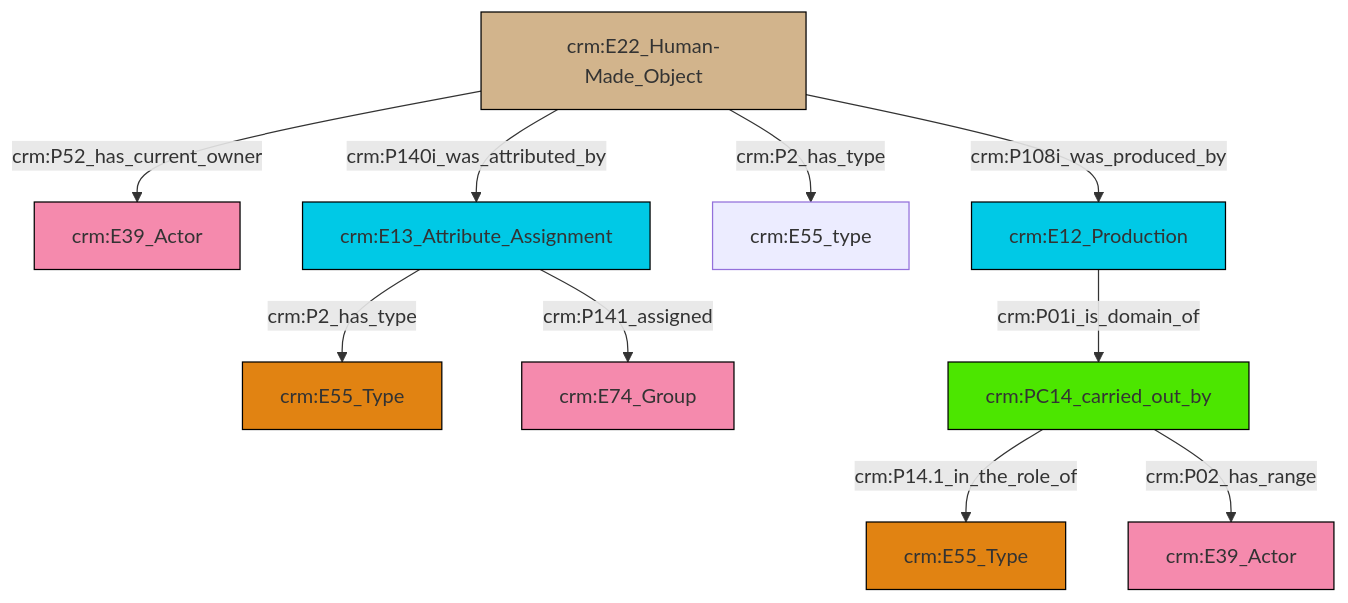
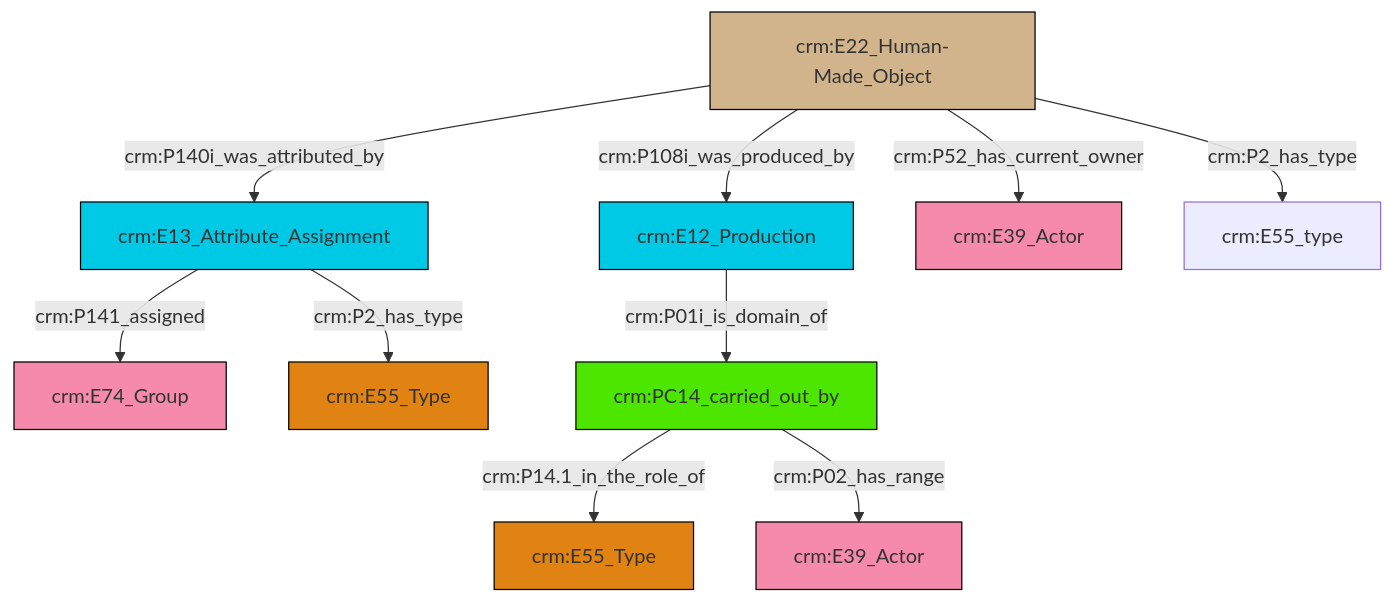
Before and after one commit to swiss-art-research-net/reference-data-models: the diagram in et/builtWorkCSV/ttl/mmd/Built_Work_actor_relations.ttl.mmd, drawn with Mermaid. The commit also changed 122 other files, not shown here.

```diff
--- a/et/builtWorkCSV/ttl/mmd/Built_Work_actor_relations.ttl.mmd
+++ b/et/builtWorkCSV/ttl/mmd/Built_Work_actor_relations.ttl.mmd
@@ -1,24 +1,24 @@
 graph TD
 classDef Literal fill:#f2f2f2,stroke:#000000;
 classDef CRM_Entity fill:#FFFFFF,stroke:#000000;
 classDef Temporal_Entity fill:#00C9E6, stroke:#000000;
 classDef Type fill:#E18312, stroke:#000000;
 classDef Time-Span fill:#2C9C91, stroke:#000000;
 classDef Appellation fill:#FFEB7F, stroke:#000000;
 classDef Place fill:#008836, stroke:#000000;
 classDef Persistent_Item fill:#B266B2, stroke:#000000;
 classDef Conceptual_Object fill:#FFD700, stroke:#000000;
 classDef Physical_Thing fill:#D2B48C, stroke:#000000;
 classDef Actor fill:#f58aad, stroke:#000000;
 classDef PC_Classes fill:#4ce600, stroke:#000000;
 classDef Multi fill:#cccccc,stroke:#000000;
 
-2["crm:E22_Human-Made_Object"]:::Physical_Thing -->|crm:P52_has_current_owner| 3["crm:E39_Actor"]:::Actor
-2["crm:E22_Human-Made_Object"]:::Physical_Thing -->|crm:P108i_was_produced_by| 6["crm:E12_Production"]:::Temporal_Entity
-2["crm:E22_Human-Made_Object"]:::Physical_Thing -->|crm:P2_has_type| 11["crm:E55_type"]:::Default
-14["crm:E13_Attribute_Assignment"]:::Temporal_Entity -->|crm:P2_has_type| 0["crm:E55_Type"]:::Type
-12["crm:PC14_carried_out_by"]:::PC_Classes -->|crm:P14.1_in_the_role_of| 9["crm:E55_Type"]:::Type
-14["crm:E13_Attribute_Assignment"]:::Temporal_Entity -->|crm:P141_assigned| 4["crm:E74_Group"]:::Actor
-12["crm:PC14_carried_out_by"]:::PC_Classes -->|crm:P02_has_range| 15["crm:E39_Actor"]:::Actor
-6["crm:E12_Production"]:::Temporal_Entity -->|crm:P01i_is_domain_of| 12["crm:PC14_carried_out_by"]:::PC_Classes
-2["crm:E22_Human-Made_Object"]:::Physical_Thing -->|crm:P140i_was_attributed_by| 14["crm:E13_Attribute_Assignment"]:::Temporal_Entity
+0["crm:E22_Human-Made_Object"]:::Physical_Thing -->|crm:P108i_was_produced_by| 1["crm:E12_Production"]:::Temporal_Entity
+2["crm:E13_Attribute_Assignment"]:::Temporal_Entity -->|crm:P141_assigned| 3["crm:E74_Group"]:::Actor
+0["crm:E22_Human-Made_Object"]:::Physical_Thing -->|crm:P140i_was_attributed_by| 2["crm:E13_Attribute_Assignment"]:::Temporal_Entity
+0["crm:E22_Human-Made_Object"]:::Physical_Thing -->|crm:P52_has_current_owner| 6["crm:E39_Actor"]:::Actor
+13["crm:PC14_carried_out_by"]:::PC_Classes -->|crm:P14.1_in_the_role_of| 4["crm:E55_Type"]:::Type
+2["crm:E13_Attribute_Assignment"]:::Temporal_Entity -->|crm:P2_has_type| 11["crm:E55_Type"]:::Type
+0["crm:E22_Human-Made_Object"]:::Physical_Thing -->|crm:P2_has_type| 14["crm:E55_type"]:::Default
+1["crm:E12_Production"]:::Temporal_Entity -->|crm:P01i_is_domain_of| 13["crm:PC14_carried_out_by"]:::PC_Classes
+13["crm:PC14_carried_out_by"]:::PC_Classes -->|crm:P02_has_range| 8["crm:E39_Actor"]:::Actor
```
